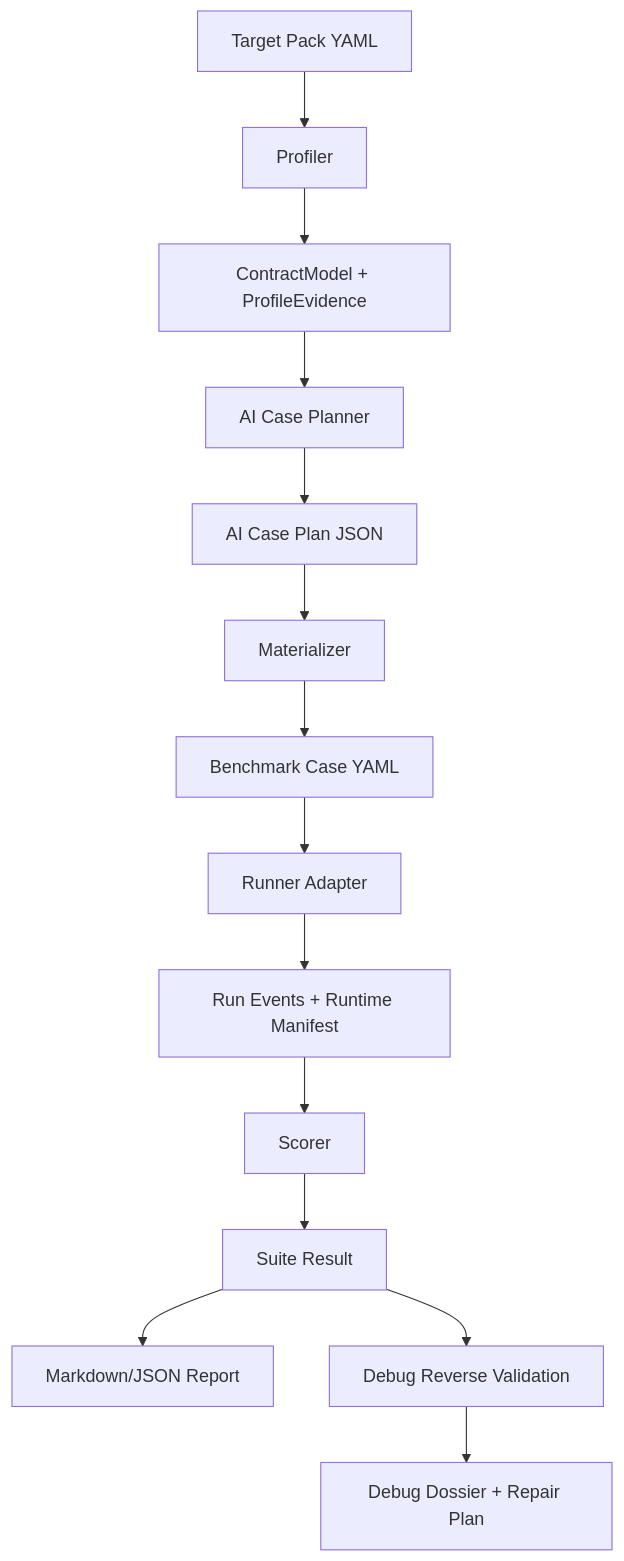
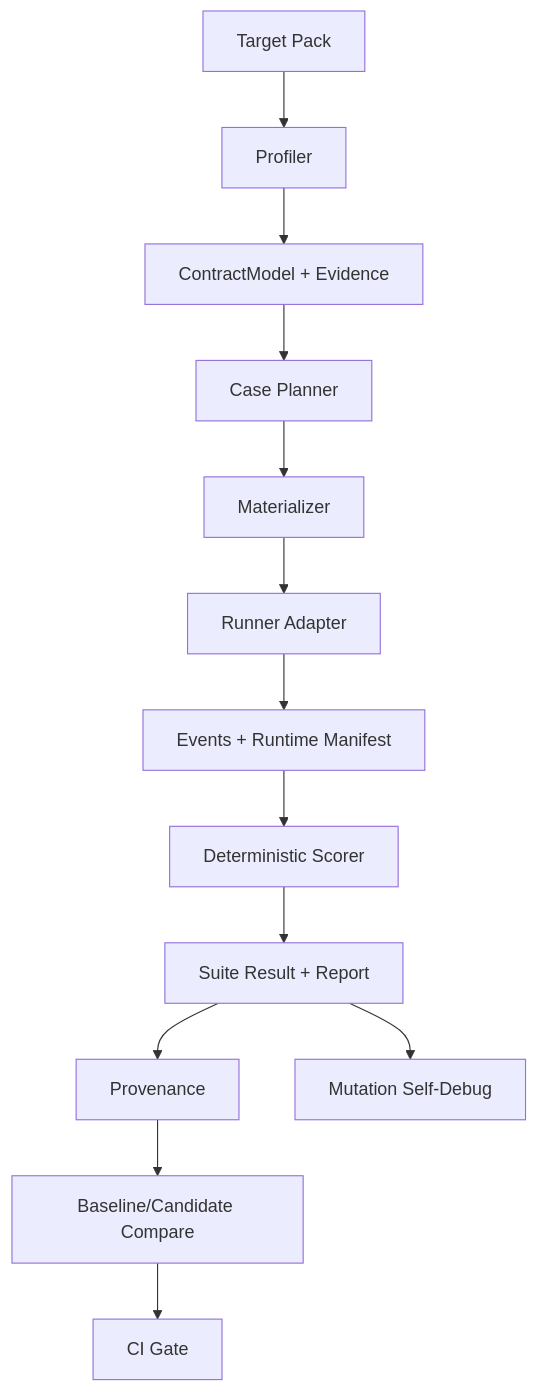
One commit to LAwLi3tCoding/agent-workflow-benchmark changed the second of 2 diagrams in README.md. Above: the diagram before and after it, drawn with Mermaid. The commit also changed other lines of this file and 67 other files, not shown here.

````diff
--- a/README.md
+++ b/README.md
@@ -923,16 +471,15 @@
 ```mermaid
 flowchart TD
-  A["Target Pack YAML"] --> B["Profiler"]
-  B --> C["ContractModel + ProfileEvidence"]
-  C --> D["AI Case Planner"]
-  D --> E["AI Case Plan JSON"]
-  E --> F["Materializer"]
-  F --> G["Benchmark Case YAML"]
-  G --> H["Runner Adapter"]
-  H --> I["Run Events + Runtime Manifest"]
-  I --> J["Scorer"]
-  J --> K["Suite Result"]
-  K --> L["Markdown/JSON Report"]
-  K --> M["Debug Reverse Validation"]
-  M --> N["Debug Dossier + Repair Plan"]
+  A["Target Pack"] --> B["Profiler"]
+  B --> C["ContractModel + Evidence"]
+  C --> D["Case Planner"]
+  D --> E["Materializer"]
+  E --> F["Runner Adapter"]
+  F --> G["Events + Runtime Manifest"]
+  G --> H["Deterministic Scorer"]
+  H --> I["Suite Result + Report"]
+  I --> J["Provenance"]
+  J --> K["Baseline/Candidate Compare"]
+  K --> L["CI Gate"]
+  I --> M["Mutation Self-Debug"]
 ```
````
